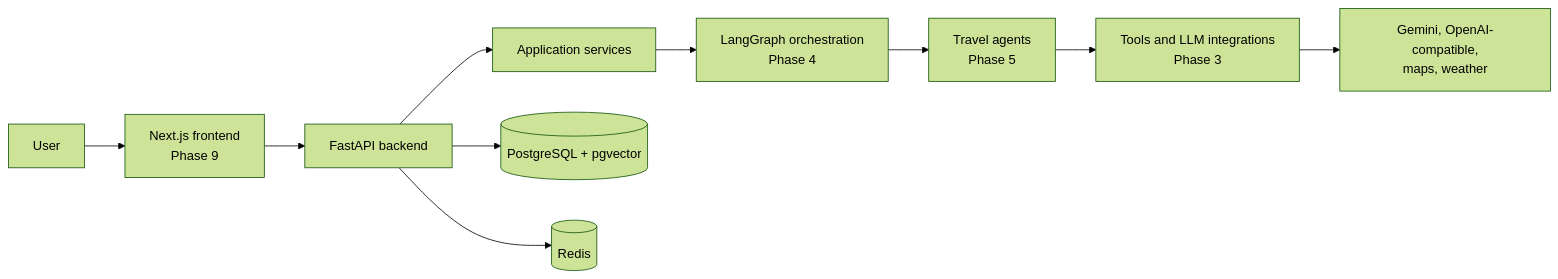
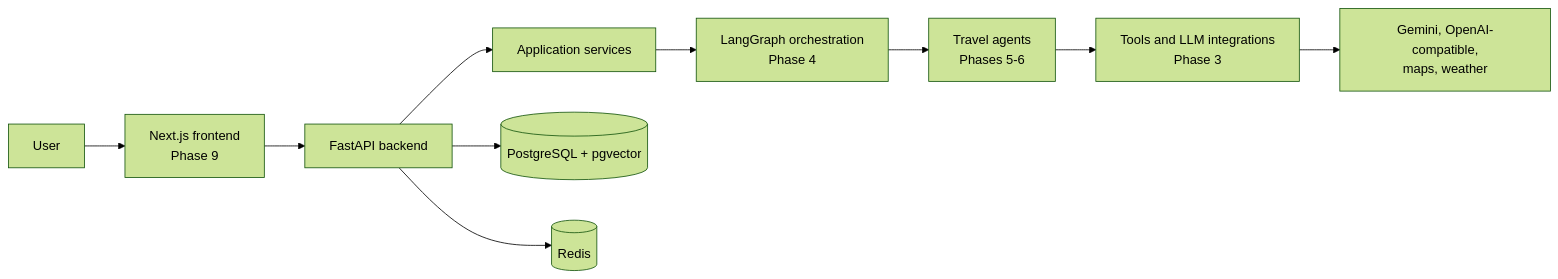
Before and after one commit to AnuradhaKashaudhan/TravelMind: the diagram in README.md, drawn with Mermaid (forest theme). The commit also changed other lines of this file and 31 other files, not shown here.

````diff
--- a/README.md
+++ b/README.md
@@ -10,12 +9,12 @@
 ```mermaid
 flowchart LR
     User[User] --> Frontend[Next.js frontend<br/>Phase 9]
     Frontend --> API[FastAPI backend]
     API --> Services[Application services]
     API --> PostgreSQL[(PostgreSQL + pgvector)]
     API --> Redis[(Redis)]
     Services --> Workflow[LangGraph orchestration<br/>Phase 4]
-    Workflow --> Agents[Travel agents<br/>Phase 5]
+    Workflow --> Agents[Travel agents<br/>Phases 5-6]
     Agents --> Integrations[Tools and LLM integrations<br/>Phase 3]
     Integrations --> Providers[Gemini, OpenAI-compatible,<br/>maps, weather]
 ```
````
